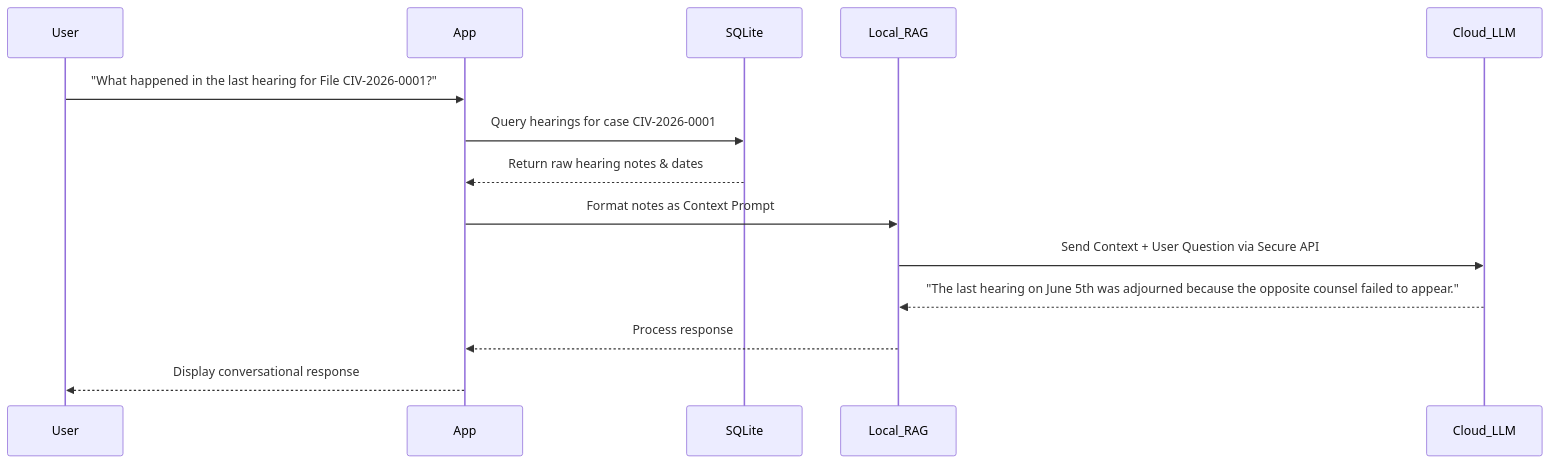
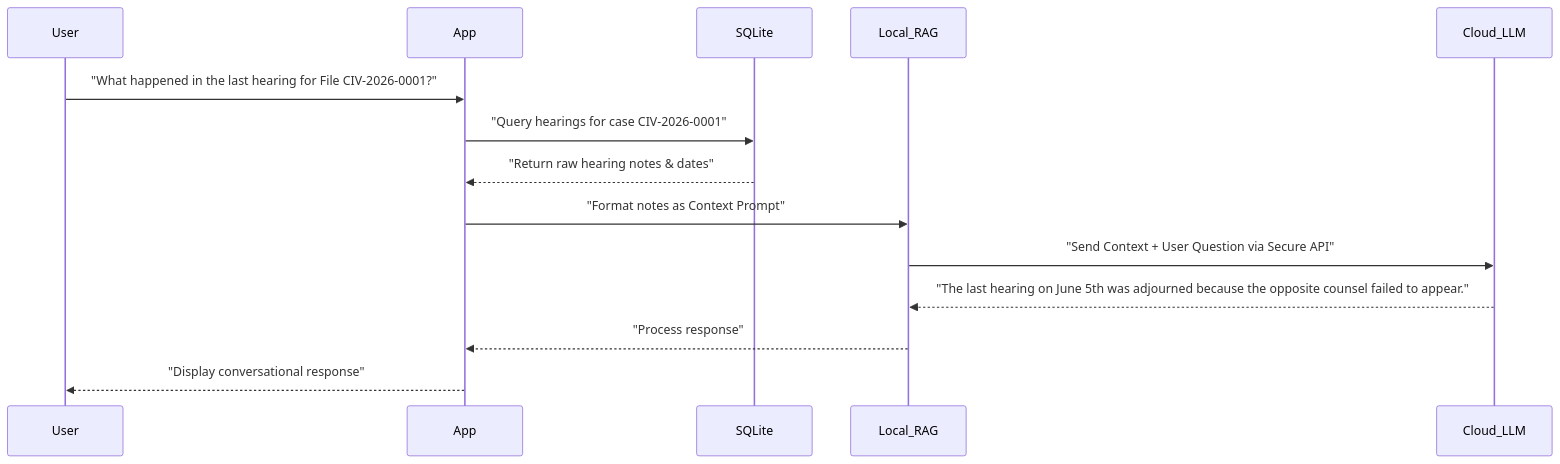
The fourth of 4 diagrams in ARCHITECTURE.md (angel7544/legal_manger_android), drawn with Mermaid before and after one commit. The commit also changed other lines of this file, not shown here.

Commit message:
architecture.md fixex for mermaid renders

````diff
--- a/ARCHITECTURE.md
+++ b/ARCHITECTURE.md
@@ -185,17 +185,17 @@
 ```mermaid
 sequenceDiagram
     participant User
     participant App
     participant SQLite
     participant Local_RAG
     participant Cloud_LLM
 
     User->>App: "What happened in the last hearing for File CIV-2026-0001?"
-    App->>SQLite: Query hearings for case CIV-2026-0001
-    SQLite-->>App: Return raw hearing notes & dates
-    App->>Local_RAG: Format notes as Context Prompt
-    Local_RAG->>Cloud_LLM: Send Context + User Question via Secure API
+    App->>SQLite: "Query hearings for case CIV-2026-0001"
+    SQLite-->>App: "Return raw hearing notes & dates"
+    App->>Local_RAG: "Format notes as Context Prompt"
+    Local_RAG->>Cloud_LLM: "Send Context + User Question via Secure API"
     Cloud_LLM-->>Local_RAG: "The last hearing on June 5th was adjourned because the opposite counsel failed to appear."
-    Local_RAG-->>App: Process response
-    App-->>User: Display conversational response
+    Local_RAG-->>App: "Process response"
+    App-->>User: "Display conversational response"
 ```
````
